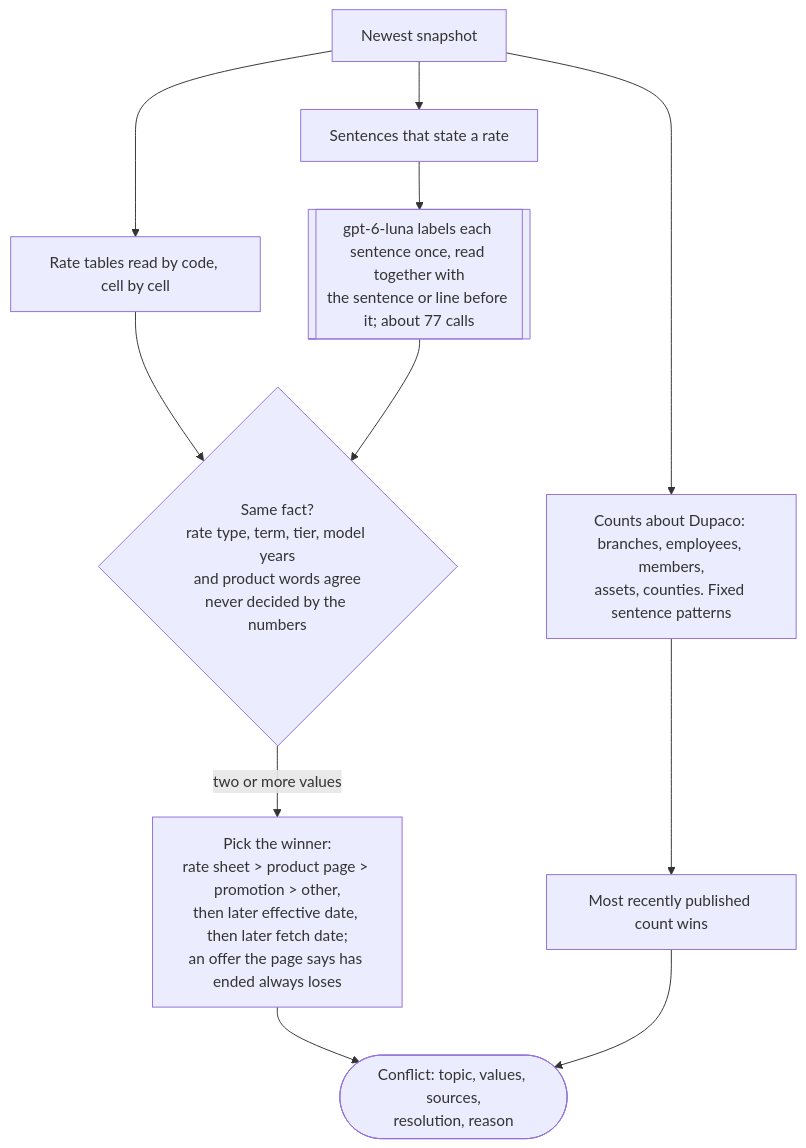
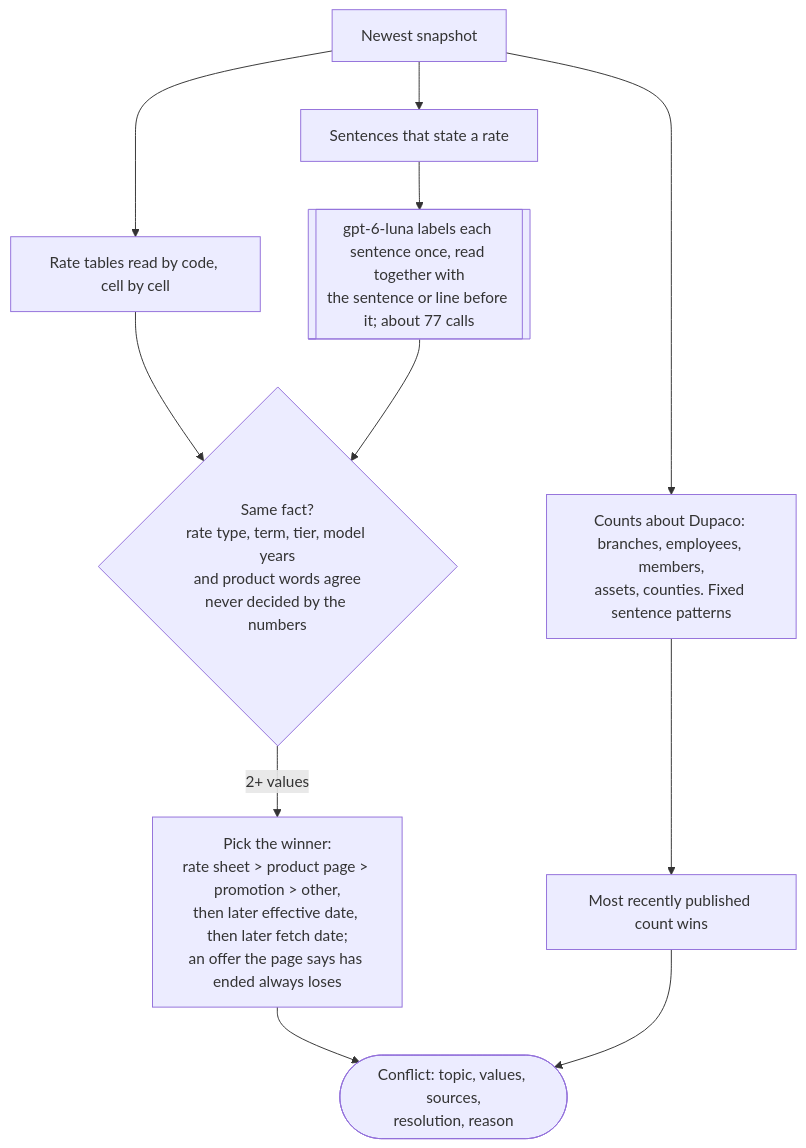
One commit to ajayp/interface-submission changed the fourth of 4 diagrams in workflow.md. Above: the diagram before and after it, drawn with Mermaid. The commit also changed other lines of this file and 1 other file, not shown here.

First line of the commit message:
Docs: shorten remaining Mermaid edge labels in workflow.md and README.md

````diff
--- a/workflow.md
+++ b/workflow.md
@@ -128,13 +128,13 @@
 ```mermaid
 flowchart TD
     N[Newest snapshot] --> T[Rate tables read by code, cell by cell]
     N --> SEN[Sentences that state a rate]
     SEN --> SL[[gpt-6-luna labels each sentence once, read together with<br/>the sentence or line before it; about 77 calls]]
     N --> CT[Counts about Dupaco: branches, employees, members,<br/>assets, counties. Fixed sentence patterns]
     T --> MATCH{Same fact?<br/>rate type, term, tier, model years<br/>and product words agree<br/>never decided by the numbers}
     SL --> MATCH
-    MATCH -- two or more values --> WINR[Pick the winner:<br/>rate sheet > product page > promotion > other,<br/>then later effective date, then later fetch date;<br/>an offer the page says has ended always loses]
+    MATCH -- 2+ values --> WINR[Pick the winner:<br/>rate sheet > product page > promotion > other,<br/>then later effective date, then later fetch date;<br/>an offer the page says has ended always loses]
     CT --> LATEST[Most recently published count wins]
     WINR --> C([Conflict: topic, values, sources,<br/>resolution, reason])
     LATEST --> C
 ```
````
